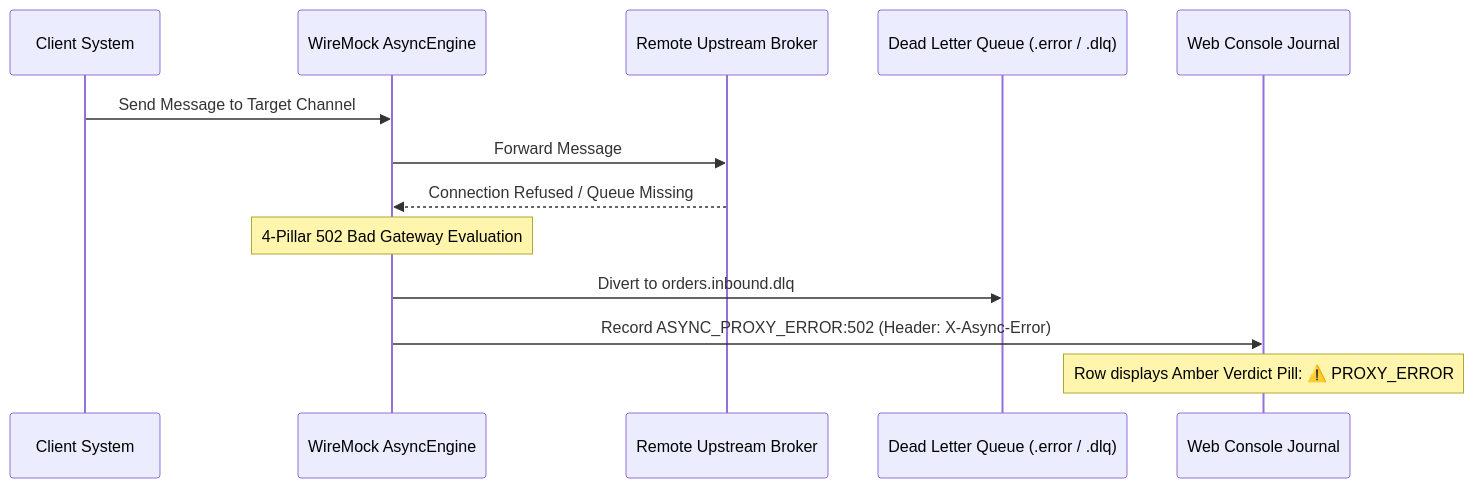
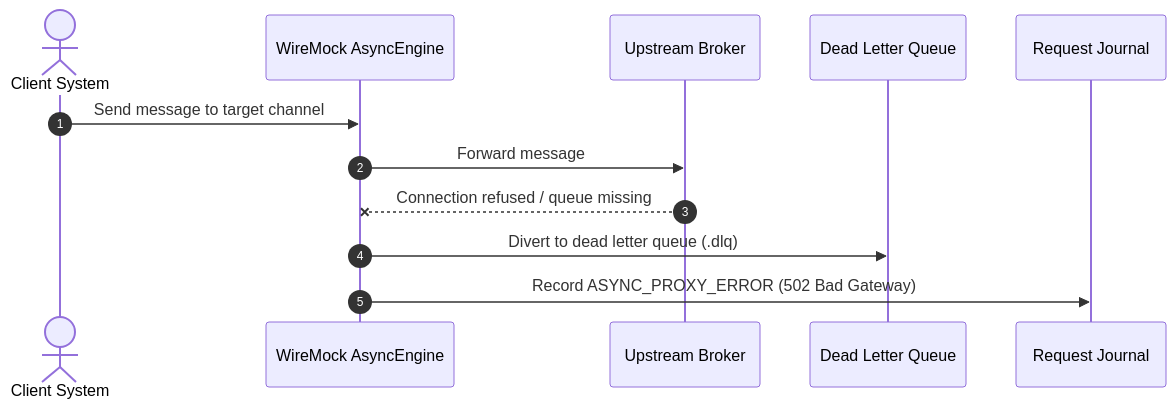
Before and after one commit to mattiasgreen/wiremock-extensions: the sixth of 8 diagrams in wiremock-extension-async/README.md, drawn with Mermaid. The commit also changed other lines of this file and 17 other files, not shown here.

First line of the commit message:
feat(ui,async): add protocol column and refine SUT operation semantics in journal (#103)

````diff
--- a/wiremock-extension-async/README.md
+++ b/wiremock-extension-async/README.md
@@ -163,16 +122,15 @@
 ```mermaid
 sequenceDiagram
-    participant SUT as Client System
-    participant Engine as WireMock AsyncEngine
-    participant RemoteBroker as Remote Upstream Broker
-    participant DLQ as Dead Letter Queue (.error / .dlq)
-    participant UI as Web Console Journal
+    autonumber
+    actor SUT as Client System
+    participant WM as WireMock AsyncEngine
+    participant Upstream as Upstream Broker
+    participant DLQ as Dead Letter Queue
+    participant Journal as Request Journal
 
-    SUT->>Engine: Send Message to Target Channel
-    Engine->>RemoteBroker: Forward Message
-    RemoteBroker-->>Engine: Connection Refused / Queue Missing
-    Note over Engine: 4-Pillar 502 Bad Gateway Evaluation
-    Engine->>DLQ: Divert to orders.inbound.dlq
-    Engine->>UI: Record ASYNC_PROXY_ERROR:502 (Header: X-Async-Error)
-    Note over UI: Row displays Amber Verdict Pill: ⚠️ PROXY_ERROR
+    SUT->>WM: Send message to target channel
+    WM->>Upstream: Forward message
+    Upstream--xWM: Connection refused / queue missing
+    WM->>DLQ: Divert to dead letter queue (.dlq)
+    WM->>Journal: Record ASYNC_PROXY_ERROR (502 Bad Gateway)
 ```
````
